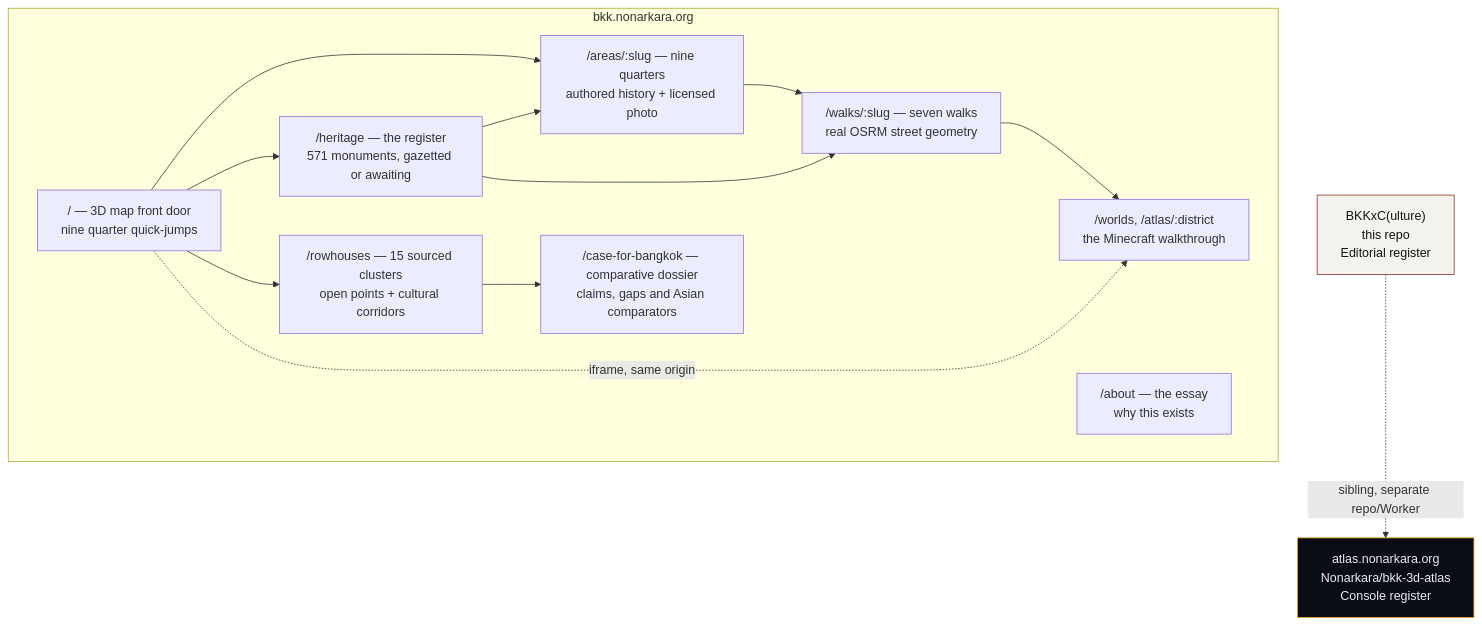
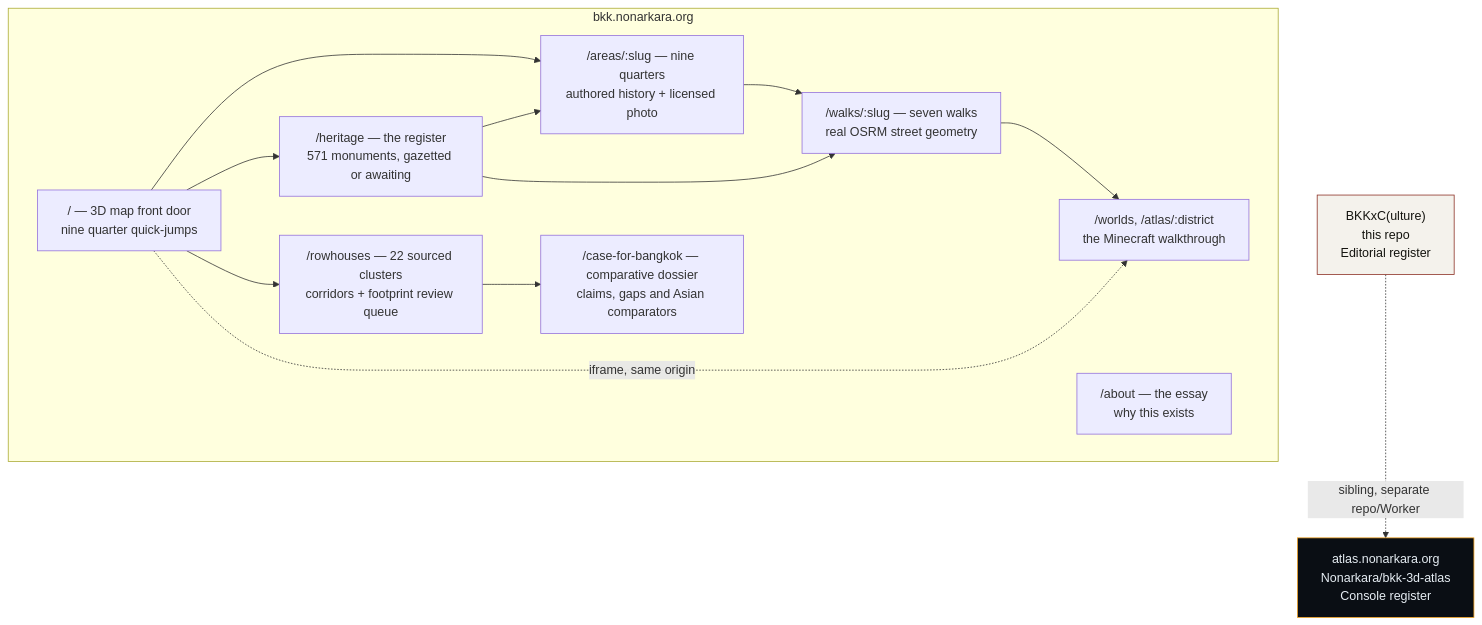
The diagram in README.md (Nonarkara/BKKx), drawn with Mermaid before and after one commit. The commit also changed other lines of this file and 17 other files, not shown here.

````diff
--- a/README.md
+++ b/README.md
@@ -28,27 +28,27 @@
 ```mermaid
 graph TD
     subgraph bkk.nonarkara.org
         FrontDoor["/ — 3D map front door<br/>nine quarter quick-jumps"]
         Register["/heritage — the register<br/>571 monuments, gazetted or awaiting"]
         Areas["/areas/:slug — nine quarters<br/>authored history + licensed photo"]
         Walks["/walks/:slug — seven walks<br/>real OSRM street geometry"]
         About["/about — the essay<br/>why this exists"]
-        Rowhouses["/rowhouses — 15 sourced clusters<br/>open points + cultural corridors"]
+        Rowhouses["/rowhouses — 22 sourced clusters<br/>corridors + footprint review queue"]
         Case["/case-for-bangkok — comparative dossier<br/>claims, gaps and Asian comparators"]
         Worlds["/worlds, /atlas/:district<br/>the Minecraft walkthrough"]
     end
     FrontDoor --> Areas
     FrontDoor --> Register
     FrontDoor --> Rowhouses
     Register --> Areas
     Register --> Walks
     Areas --> Walks
     Walks --> Worlds
     Rowhouses --> Case
     FrontDoor -.iframe, same origin.-> Worlds
 
     Culture["BKKxC(ulture)<br/>this repo<br/>Editorial register"] -.sibling, separate repo/Worker.-> Atlas["atlas.nonarkara.org<br/>Nonarkara/bkk-3d-atlas<br/>Console register"]
 
     style Culture fill:#f4f2ec,stroke:#8c2f23,color:#14140f
     style Atlas fill:#0a0e14,stroke:#f5a524,color:#e6edf3
 ```
````
